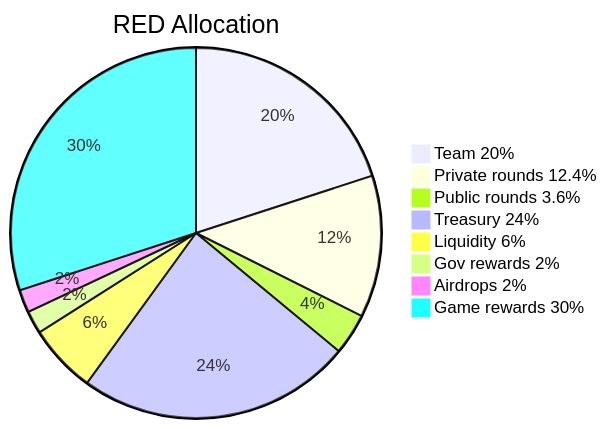
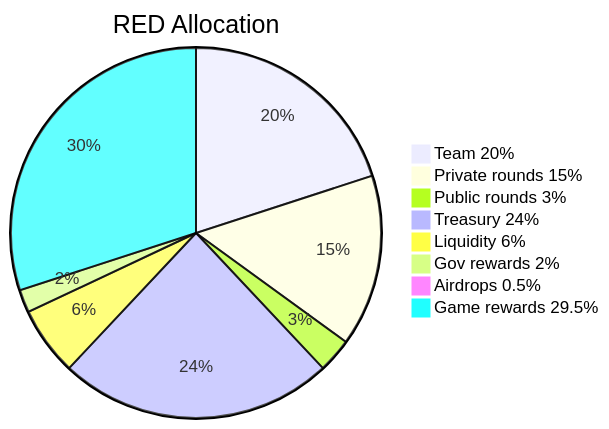
Before and after one commit to LoeizD/redline-docs: the diagram in REDAllocation.md, drawn with Mermaid. The commit also changed other lines of this file, not shown here.

````diff
--- a/REDAllocation.md
+++ b/REDAllocation.md
@@ -21,11 +21,11 @@
 ```mermaid
 pie title RED Allocation
 "Team 20%" : 20
-"Private rounds 12.4%" : 12.4
-"Public rounds 3.6%": 3.6
+"Private rounds 15%" : 15
+"Public rounds 3%": 3
 "Treasury 24%" : 24
 "Liquidity 6%" : 6
 "Gov rewards 2%" : 2
-"Airdrops 2%" : 2
-"Game rewards 30%" : 30
+"Airdrops 0.5%" : 0.5
+"Game rewards 29.5%" : 30
 ```
````
